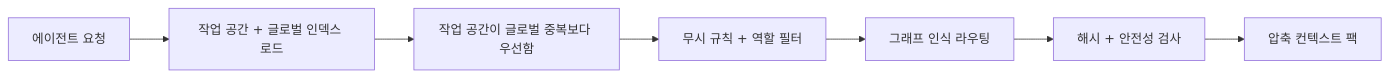
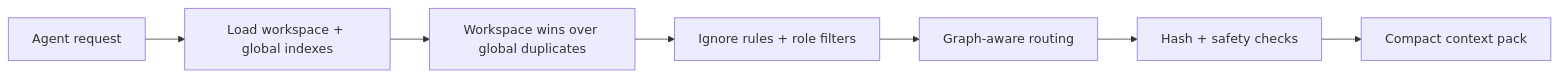
Before and after one commit to the-long-ride/engram: the diagram in website/i18n/ko/docusaurus-plugin-content-docs/current/concepts/read-path.md, drawn with Mermaid. The commit also changed other lines of this file and 693 other files, not shown here.

````diff
--- a/website/i18n/ko/docusaurus-plugin-content-docs/current/concepts/read-path.md
+++ b/website/i18n/ko/docusaurus-plugin-content-docs/current/concepts/read-path.md
@@ -44,9 +44,9 @@
 ```mermaid
 flowchart LR
-  A[에이전트 요청] --> B[작업 공간 + 글로벌 인덱스 로드]
-  B --> C[작업 공간이 글로벌 중복보다 우선함]
-  C --> D[무시 규칙 + 역할 필터]
-  D --> E[그래프 인식 라우팅]
-  E --> F[해시 + 안전성 검사]
-  F --> G[압축 컨텍스트 팩]
+  A[Agent request] --> B[Load workspace + global indexes]
+  B --> C[Workspace wins over global duplicates]
+  C --> D[Ignore rules + role filters]
+  D --> E[Graph-aware routing]
+  E --> F[Hash + safety checks]
+  F --> G[Compact context pack]
 ```
````
